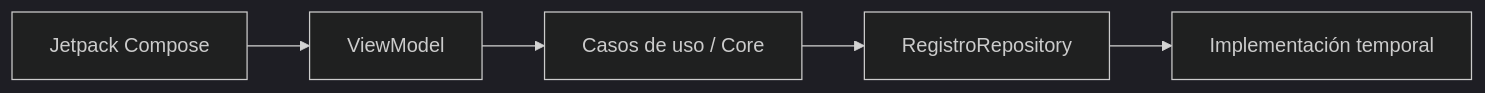
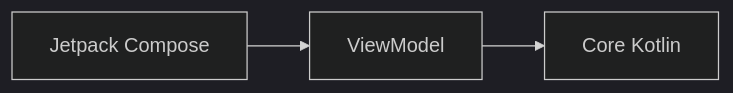
One commit to cmartinezs/DSY1105-DESARROLLO-APLICACIONES-MOVILES-2026-2 changed the third of 7 diagrams in docs/PROYECTO-FORMATIVO-TRANSVERSAL.md. Above: the diagram before and after it, drawn with Mermaid (dark theme). The commit also changed other lines of this file, not shown here.

````diff
--- a/docs/PROYECTO-FORMATIVO-TRANSVERSAL.md
+++ b/docs/PROYECTO-FORMATIVO-TRANSVERSAL.md
@@ -151,7 +281,5 @@
 ```mermaid
 flowchart LR
     UI[Jetpack Compose] --> VM[ViewModel]
-    VM --> USE[Casos de uso / Core]
-    USE --> REPO[RegistroRepository]
-    REPO --> MEM[Implementación temporal]
+    VM --> CORE[Core Kotlin]
 ```
````
